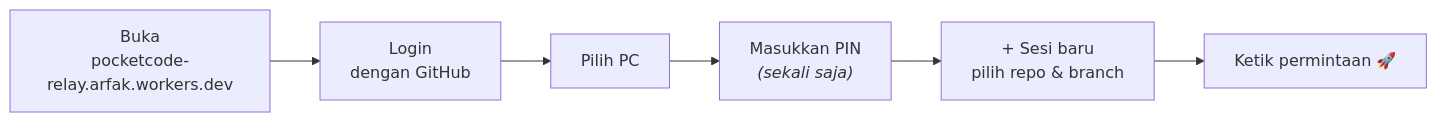
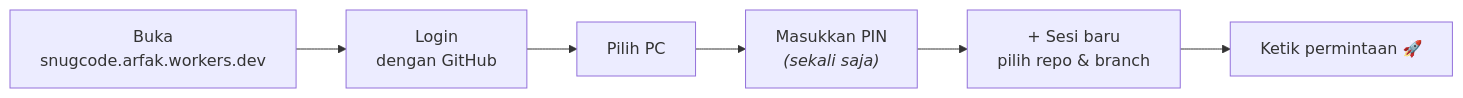
Before and after one commit to arfakaisar/snugcode: the fourth of 5 diagrams in README.md, drawn with Mermaid. The commit also changed other lines of this file and 20 other files, not shown here.

````diff
--- a/README.md
+++ b/README.md
@@ -202,8 +202,8 @@
 ```mermaid
 flowchart LR
-    A["Buka<br/>pocketcode-relay.arfak.workers.dev"] --> B["Login<br/>dengan GitHub"]
+    A["Buka<br/>snugcode.arfak.workers.dev"] --> B["Login<br/>dengan GitHub"]
     B --> C["Pilih PC"]
     C --> D["Masukkan PIN<br/><i>(sekali saja)</i>"]
     D --> E["+ Sesi baru<br/>pilih repo & branch"]
     E --> F["Ketik permintaan 🚀"]
 ```
````
